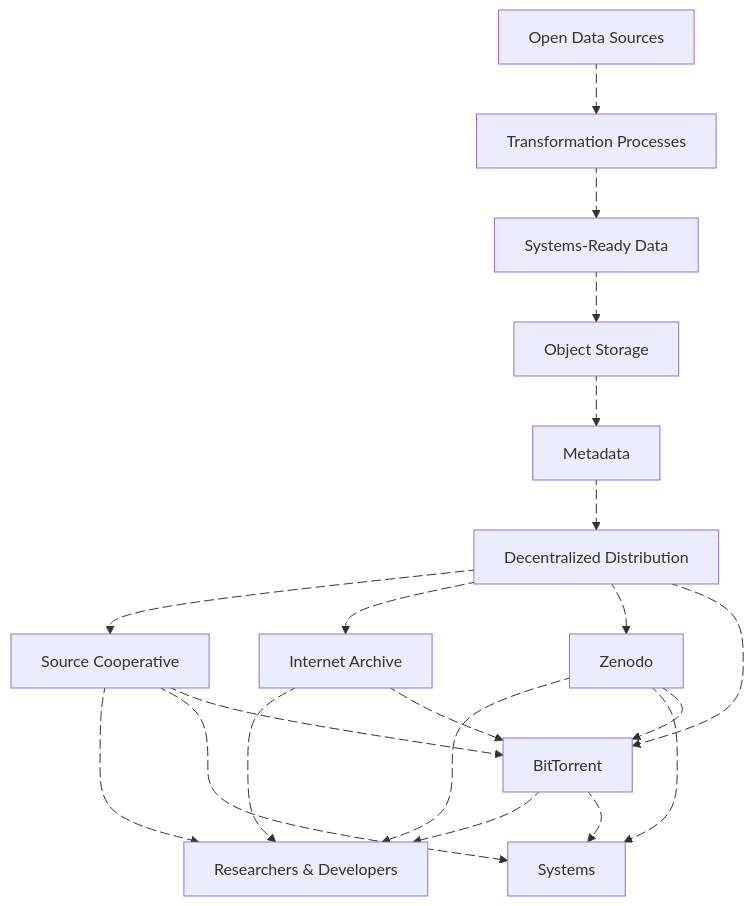
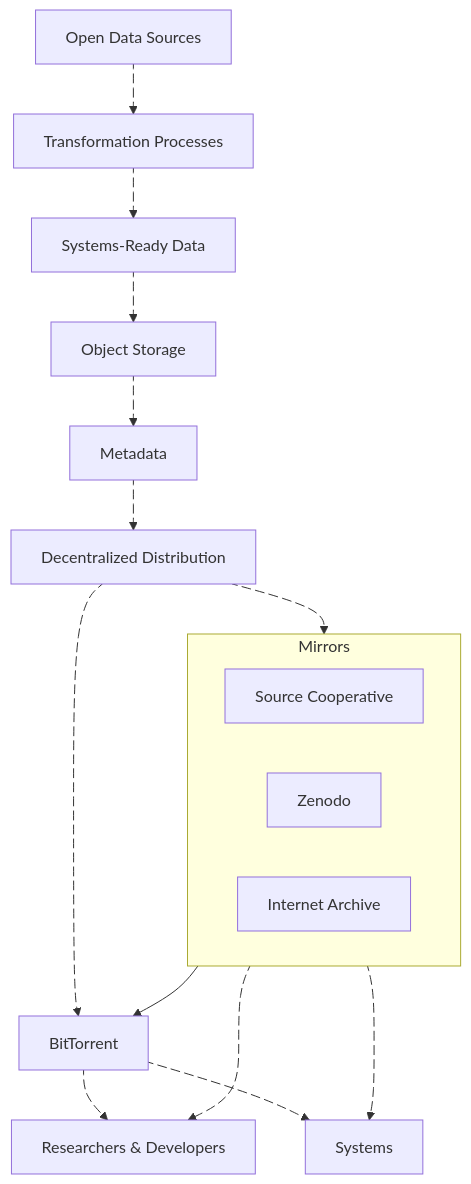
Before and after one commit to dataforcanada/www.dataforcanada.org: the diagram in content/docs/dissemination/_index.md, drawn with Mermaid.

Commit message:
Update high-level diagram for dissemination strategy. Simplified a lot, makes a lot more sense to me

````diff
--- a/content/docs/dissemination/_index.md
+++ b/content/docs/dissemination/_index.md
@@ -11,62 +11,52 @@
 ```mermaid
 
 flowchart TD
+    subgraph mirrors [Mirrors]
+        SourceCoop[Source Cooperative]
+        Zenodo[Zenodo]
+        InternetArchive[Internet Archive]
+    end
+
     Sources[Open Data Sources]
     Processes[Transformation Processes]
     Artifacts[Systems-Ready Data]
     Portal[Object Storage]
     Metadata[Metadata]
     Distribution[Decentralized Distribution]
-    Zenodo[Zenodo]
-    SourceCoop[Source Cooperative]
-    InternetArchive[Internet Archive]
     Torrent[BitTorrent]
     Users[Researchers & Developers]
     Systems[Systems]
 
     Sources a1@--> Processes
     a1@{animate: true, animation: slow}
     Processes a2@--> Artifacts
     a2@{animate: true, animation: slow}
     Artifacts a3@--> Portal
     a3@{animate: true, animation: slow}
     Portal a4@--> Metadata
     a4@{animate: true, animation: fast}
     Metadata a5@--> Distribution
     a5@{animate: true, animation: fast}
 
-    Distribution a14@--> SourceCoop
-    a14@{animate: true, animation: fast}
-    Distribution a15@--> InternetArchive
-    a15@{animate: true, animation: slow}
-    Distribution a6@--> Zenodo
-    a6@{animate: true, animation: slow}
     Distribution a7@--> Torrent
     a7@{animate: true, animation: slow}
+    Distribution a8@--> mirrors
+    a8@{animate: true, animation: slow}
 
-    Zenodo a9@--> Users
-    a9@{animate: true, animation: slow}
-    SourceCoop a18@--> Users
-    a18@{animate: true, animation: fast}
+    mirrors a9@--> Torrent
+    a8@{animate: true, animation: fast}
+
+    mirrors a12@ --> Users
+    a12@{animate: true, animation: slow}
+    mirrors a13@ --> Systems
+    a13@{animate: true, animation: slow}
 
     Torrent a10@--> Users
     a10@{animate: true, animation: fast}
-    InternetArchive a20@--> Users
-    a20@{animate: true, animation: slow}
     Torrent a11@--> Systems
     a11@{animate: true, animation: fast}
-    Zenodo a12@--> Systems
-    a12@{animate: true, animation: slow}
-    SourceCoop a16@--> Systems
-    a16@{animate: true, animation: fast}
-    SourceCoop a17@--> Torrent
-    a17@{animate: true, animation: fast}
-    Zenodo a13@--> Torrent
-    a13@{animate: true, animation: slow}
-    InternetArchive a19@--> Torrent
-    a19@{animate: true, animation: slow}
 
     click Metadata "https://stac-utils.github.io/stac-geoparquet/latest/spec/stac-geoparquet-spec/" _blank
     click Zenodo "https://zenodo.org/communities/dataforcanada/" _blank
     click SourceCoop "https://source.coop/dataforcanada/" _blank
 ```
````
